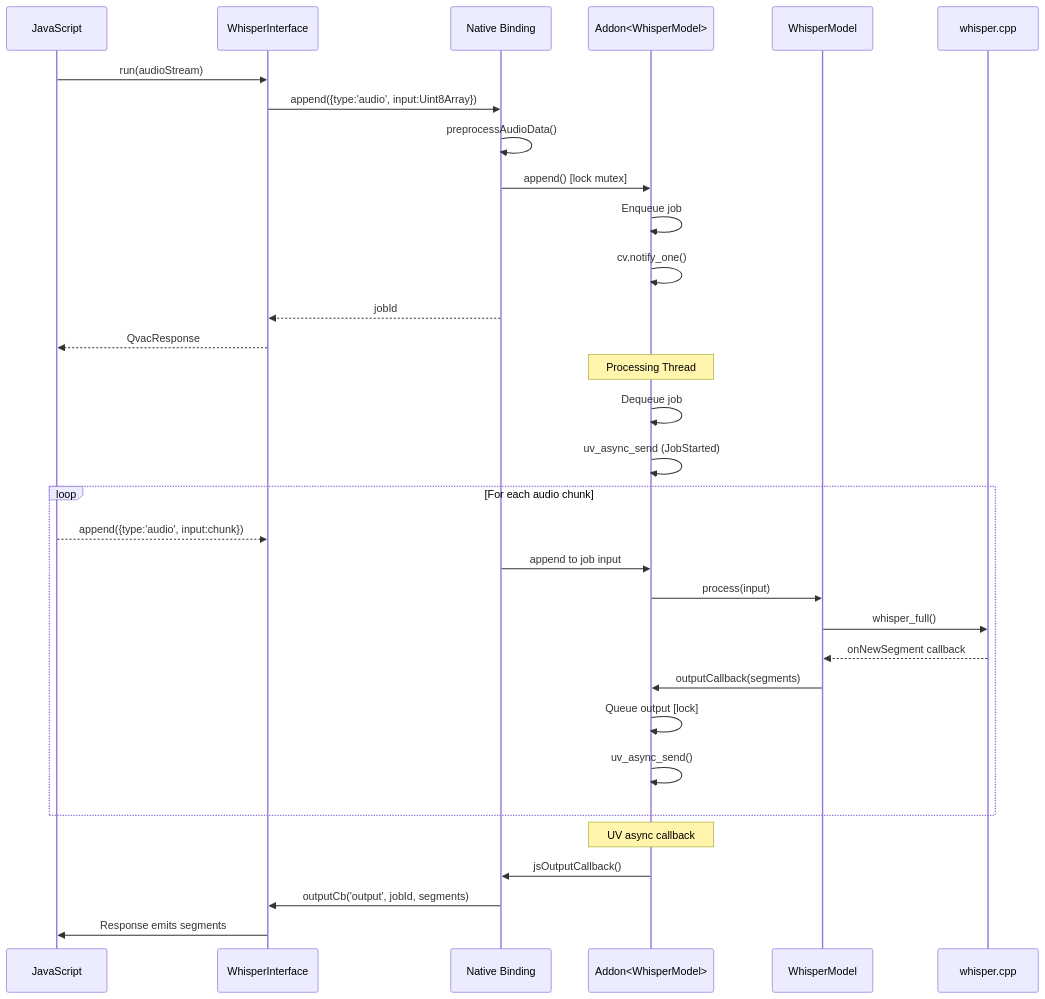
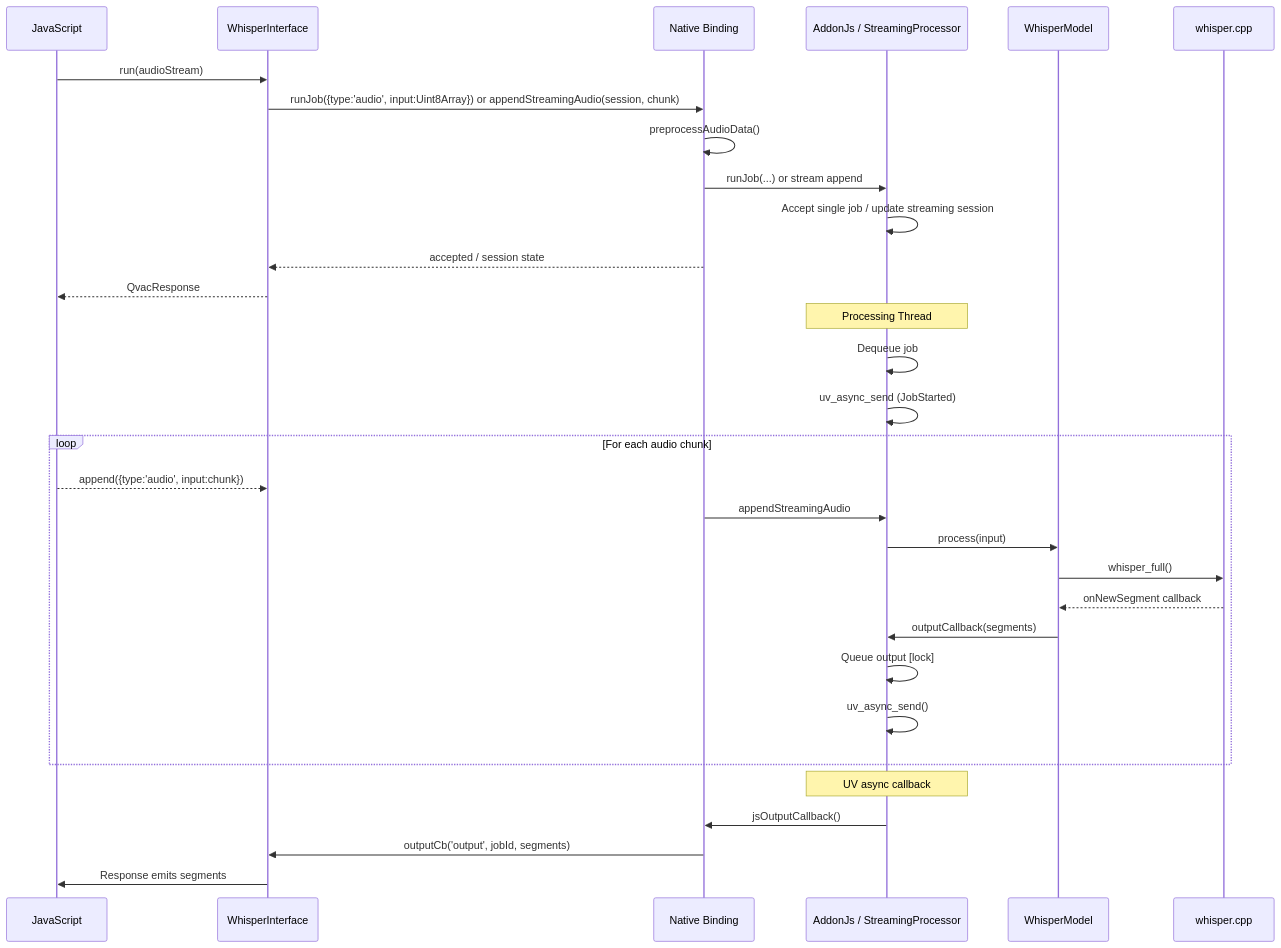
One commit to tetherto/qvac changed the fourth of 4 diagrams in packages/transcription-whispercpp/docs/architecture.md. Above: the diagram before and after it, drawn with Mermaid. The commit also changed other lines of this file and 7 other files, not shown here.

First line of the commit message:
doc: refresh inference addon architecture docs

````diff
--- a/packages/transcription-whispercpp/docs/architecture.md
+++ b/packages/transcription-whispercpp/docs/architecture.md
@@ -399,38 +389,37 @@
 ```mermaid
 sequenceDiagram
     participant JS as JavaScript
     participant IF as WhisperInterface
     participant Bind as Native Binding
-    participant Addon as Addon<WhisperModel>
+    participant Addon as AddonJs / StreamingProcessor
     participant Model as WhisperModel
     participant Whisper as whisper.cpp
 
     JS->>IF: run(audioStream)
-    IF->>Bind: append({type:'audio', input:Uint8Array})
+    IF->>Bind: runJob({type:'audio', input:Uint8Array}) or appendStreamingAudio(session, chunk)
     Bind->>Bind: preprocessAudioData()
-    Bind->>Addon: append() [lock mutex]
-    Addon->>Addon: Enqueue job
-    Addon->>Addon: cv.notify_one()
-    Bind-->>IF: jobId
+    Bind->>Addon: runJob(...) or stream append
+    Addon->>Addon: Accept single job / update streaming session
+    Bind-->>IF: accepted / session state
     IF-->>JS: QvacResponse
 
     Note over Addon: Processing Thread
     Addon->>Addon: Dequeue job
     Addon->>Addon: uv_async_send (JobStarted)
 
     loop For each audio chunk
         JS-->>IF: append({type:'audio', input:chunk})
-        Bind->>Addon: append to job input
+        Bind->>Addon: appendStreamingAudio
         Addon->>Model: process(input)
         Model->>Whisper: whisper_full()
         Whisper-->>Model: onNewSegment callback
         Model->>Addon: outputCallback(segments)
         Addon->>Addon: Queue output [lock]
         Addon->>Addon: uv_async_send()
     end
 
     Note over Addon: UV async callback
     Addon->>Bind: jsOutputCallback()
     Bind->>IF: outputCb('output', jobId, segments)
     IF->>JS: Response emits segments
 ```
````
